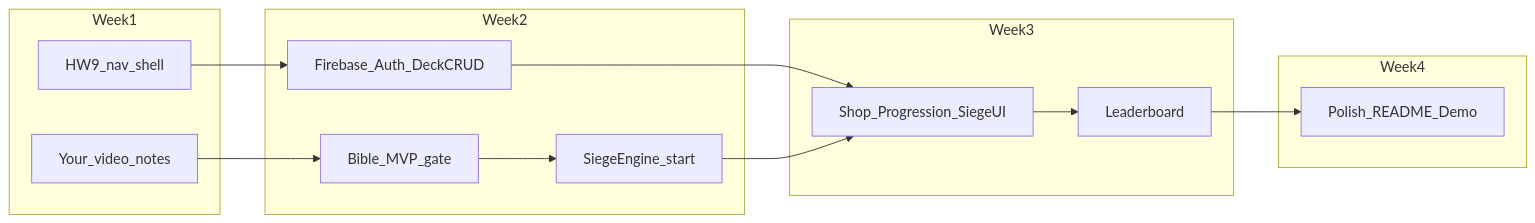
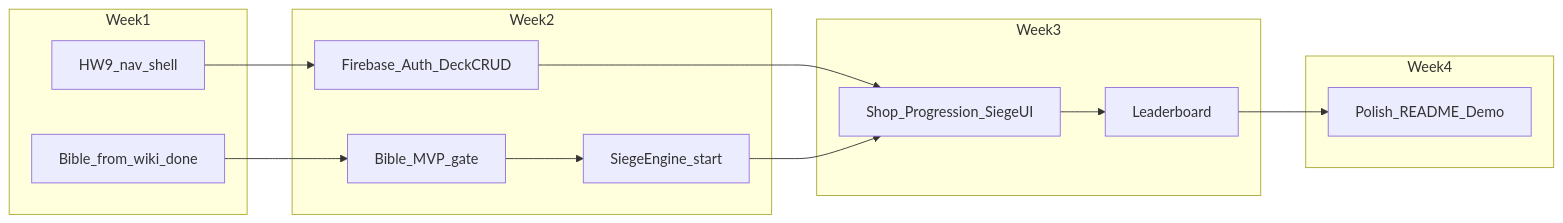
The diagram in ROADMAP.md (tustinbin/BaseCommandCloneIS543Version), drawn with Mermaid before and after one commit. The commit also changed other lines of this file and 77 other files, not shown here.

````diff
--- a/ROADMAP.md
+++ b/ROADMAP.md
@@ -9,26 +9,26 @@
 ```mermaid
 flowchart LR
   subgraph week1 [Week1]
-    R1[Your_video_notes]
+    R1[Bible_from_wiki_done]
     U1[HW9_nav_shell]
   end
   subgraph week2 [Week2]
     R2[Bible_MVP_gate]
     B2[Firebase_Auth_DeckCRUD]
     E2[SiegeEngine_start]
   end
   subgraph week3 [Week3]
     G3[Shop_Progression_SiegeUI]
     L3[Leaderboard]
   end
   subgraph week4 [Week4]
     P4[Polish_README_Demo]
   end
   R1 --> R2
   U1 --> B2
   R2 --> E2
   B2 --> G3
   E2 --> G3
   G3 --> L3
   L3 --> P4
 ```
````
